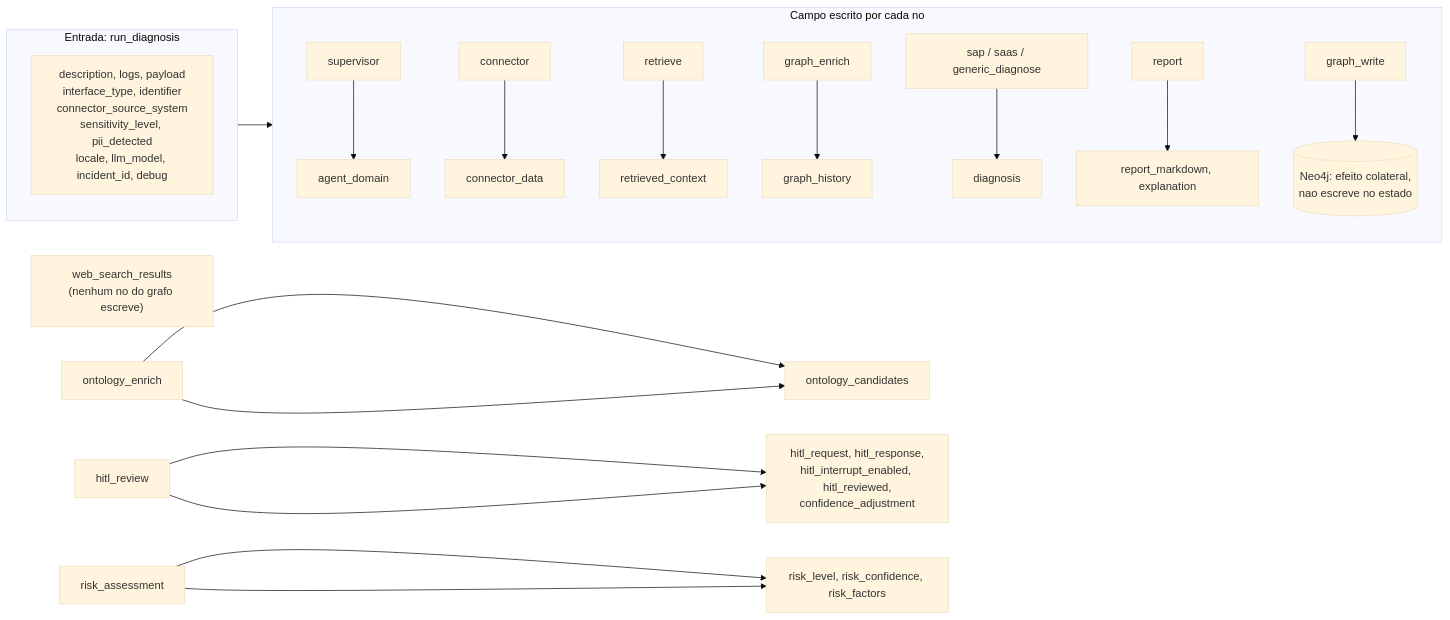
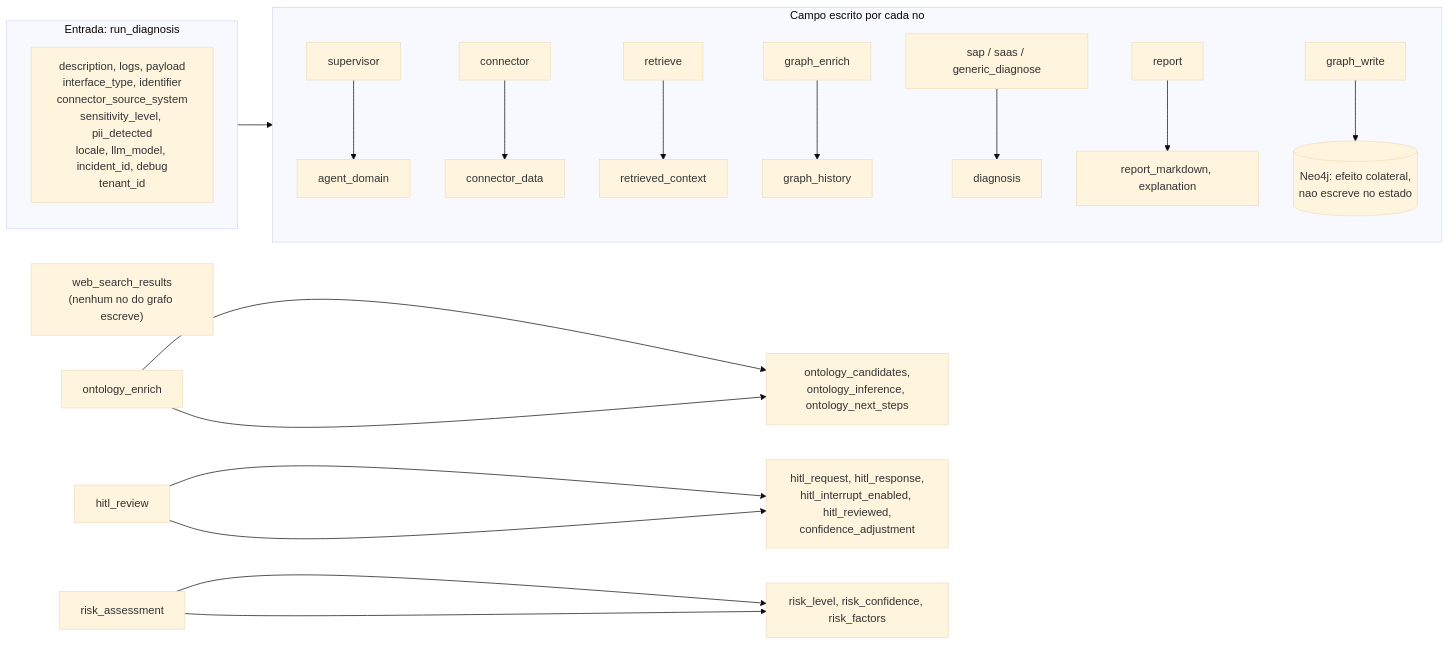
Before and after one commit to marcos-slima/integration-incident-copilot: the fifth of 28 diagrams in docs/ARCHITECTURE.md, drawn with Mermaid (base theme). The commit also changed other lines of this file and 17 other files, not shown here.

````diff
--- a/docs/ARCHITECTURE.md
+++ b/docs/ARCHITECTURE.md
@@ -209,23 +209,23 @@
 ```mermaid
 flowchart LR
     subgraph entrada["Entrada: run_diagnosis"]
-        e1["description, logs, payload<br/>interface_type, identifier<br/>connector_source_system<br/>sensitivity_level, pii_detected<br/>locale, llm_model, incident_id, debug"]
+        e1["description, logs, payload<br/>interface_type, identifier<br/>connector_source_system<br/>sensitivity_level, pii_detected<br/>locale, llm_model, incident_id, debug<br/>tenant_id"]
     end
     subgraph nos["Campo escrito por cada no"]
         sup["supervisor"] --> s1["agent_domain"]
         con["connector"] --> s2["connector_data"]
         ret["retrieve"] --> s3["retrieved_context"]
         gen["graph_enrich"] --> s4["graph_history"]
         dia["sap / saas / generic_diagnose"] --> s5["diagnosis"]
         rep["report"] --> s6["report_markdown, explanation"]
         gw["graph_write"] --> n4j[("Neo4j: efeito colateral,<br/>nao escreve no estado")]
     end
     morto["web_search_results<br/>(nenhum no do grafo escreve)"]
-    ont["ontology_enrich"] --> s7["ontology_candidates"]
+    ont["ontology_enrich"] --> s7["ontology_candidates,<br/>ontology_inference, ontology_next_steps"]
     hitl["hitl_review"] --> s8["hitl_request, hitl_response,<br/>hitl_interrupt_enabled, hitl_reviewed,<br/>confidence_adjustment"]
     risk["risk_assessment"] --> s9["risk_level, risk_confidence, risk_factors"]
     entrada --> nos
     ont --> s7
     hitl --> s8
     risk --> s9
 ```
````
